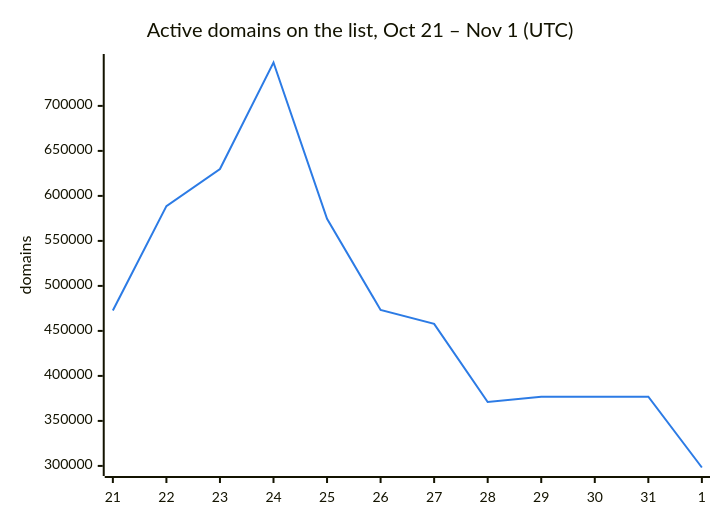
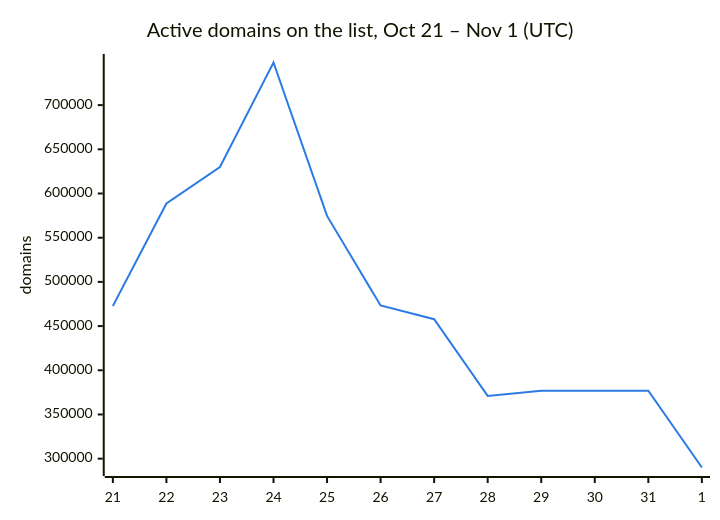
The second of 3 diagrams in README.md (DNSBunker/CTI), drawn with Mermaid before and after one commit. The commit also changed other lines of this file and 3 other files, not shown here.

````diff
--- a/README.md
+++ b/README.md
@@ -38,8 +38,8 @@
 ```mermaid
 %%{init: {"themeVariables": {"xyChart": {"plotColorPalette": "#2c7be5"}}}}%%
 xychart-beta
     title "Active domains on the list, Oct 21 – Nov 1 (UTC)"
     x-axis ["21", "22", "23", "24", "25", "26", "27", "28", "29", "30", "31", "1"]
     y-axis "domains"
-    line [472713, 588659, 629951, 748222, 574614, 473331, 457795, 371010, 376945, 376945, 376945, 298243]
+    line [472713, 588659, 629951, 748222, 574614, 473331, 457795, 371010, 376945, 376945, 376945, 290005]
 ```
````
